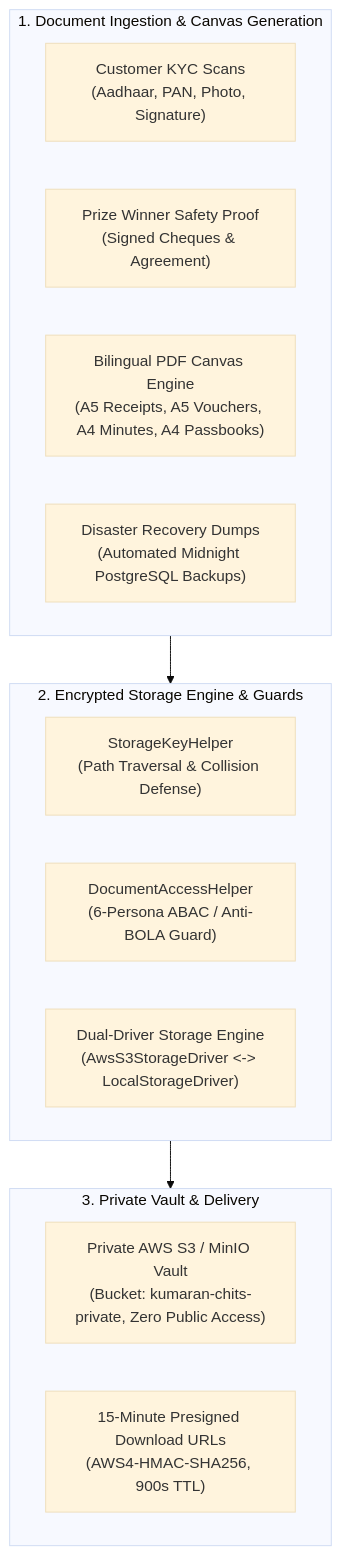
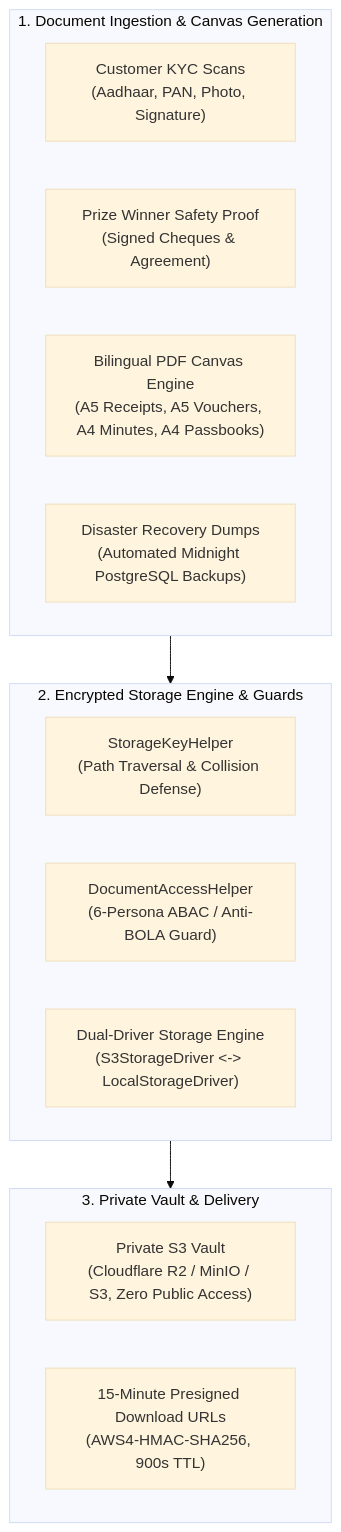
One commit to Kathir-24/Kumaran-finance changed the first of 3 diagrams in docs/03-architecture/document-and-storage-architecture.md. Above: the diagram before and after it, drawn with Mermaid (base theme). The commit also changed other lines of this file and 34 other files, not shown here.

First line of the commit message:
docs(infra): establish flat-fee linux vps and cloudflare r2 as primary deployment architecture

````diff
--- a/docs/03-architecture/document-and-storage-architecture.md
+++ b/docs/03-architecture/document-and-storage-architecture.md
@@ -15,22 +15,22 @@
 ```mermaid
 flowchart TD
     subgraph INTAKE["1. Document Ingestion & Canvas Generation"]
         D1["Customer KYC Scans\n(Aadhaar, PAN, Photo, Signature)"]
         D2["Prize Winner Safety Proof\n(Signed Cheques & Agreement)"]
         D3["Bilingual PDF Canvas Engine\n(A5 Receipts, A5 Vouchers, A4 Minutes, A4 Passbooks)"]
         D4["Disaster Recovery Dumps\n(Automated Midnight PostgreSQL Backups)"]
     end
 
     subgraph ENGINE["2. Encrypted Storage Engine & Guards"]
         SEC["StorageKeyHelper\n(Path Traversal & Collision Defense)"]
         ABAC["DocumentAccessHelper\n(6-Persona ABAC / Anti-BOLA Guard)"]
-        DRV["Dual-Driver Storage Engine\n(AwsS3StorageDriver <-> LocalStorageDriver)"]
+        DRV["Dual-Driver Storage Engine\n(S3StorageDriver <-> LocalStorageDriver)"]
     end
 
     subgraph VAULT["3. Private Vault & Delivery"]
-        S3["Private AWS S3 / MinIO Vault\n(Bucket: kumaran-chits-private, Zero Public Access)"]
+        S3["Private S3 Vault\n(Cloudflare R2 / MinIO / S3, Zero Public Access)"]
         URL["15-Minute Presigned Download URLs\n(AWS4-HMAC-SHA256, 900s TTL)"]
     end
 
     INTAKE --> ENGINE --> VAULT
 ```
````
